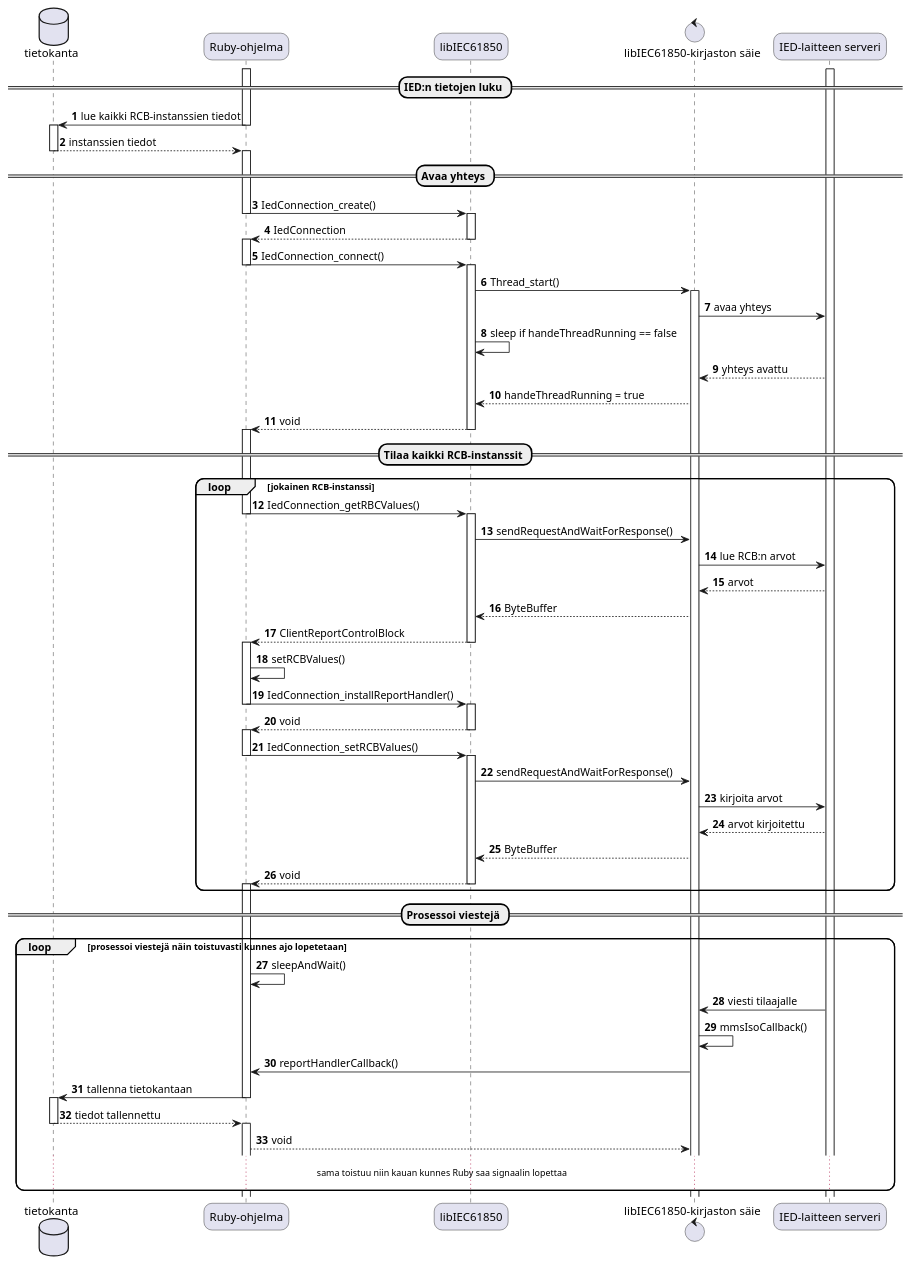
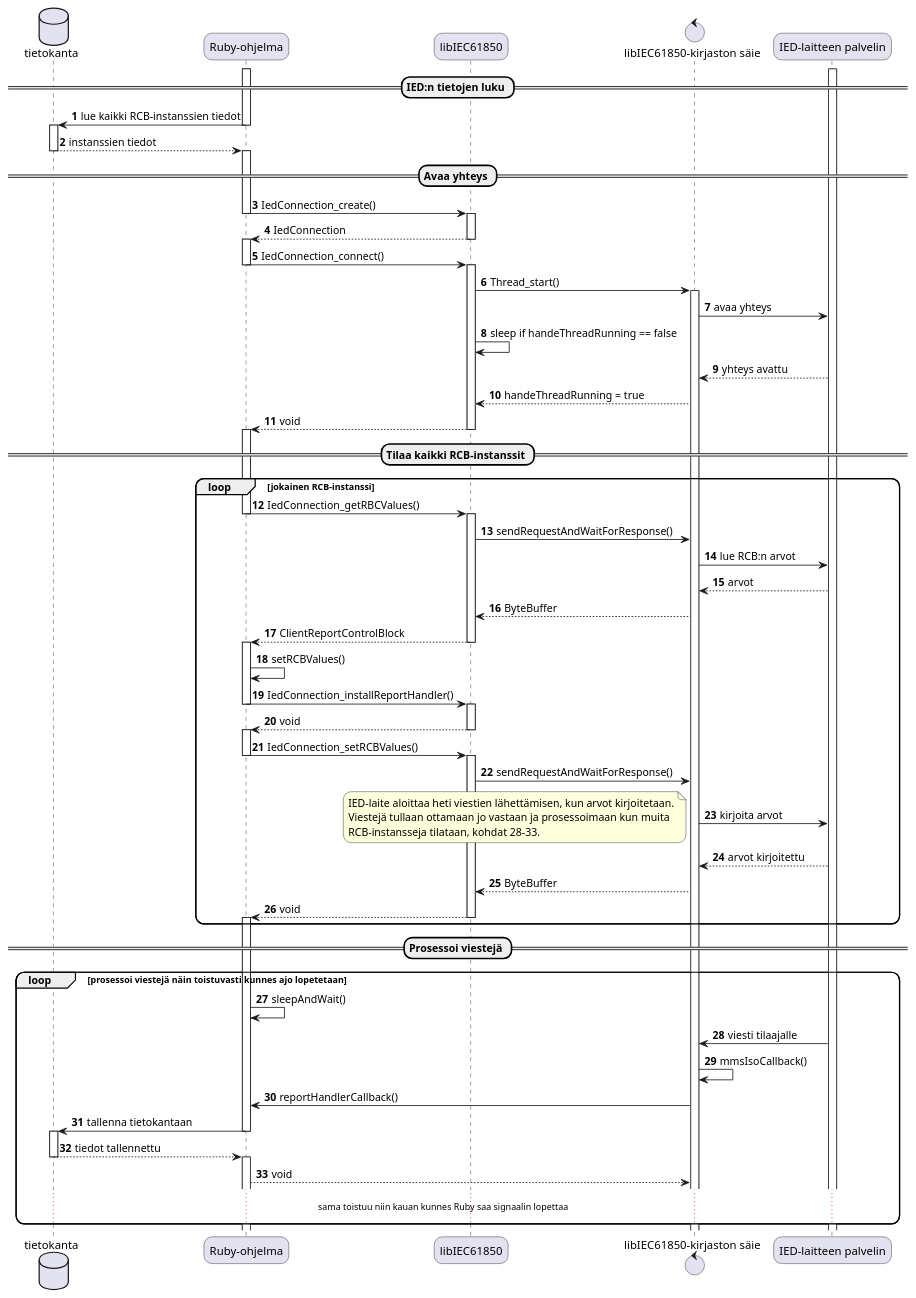
The diagram in uml/sequence-diagram-report-subscription.puml (Kazhuu/tut_master_thesis), drawn with PlantUML before and after one commit. The commit also changed 6 other files, not shown here.

```diff
--- a/uml/sequence-diagram-report-subscription.puml
+++ b/uml/sequence-diagram-report-subscription.puml
@@ -1,92 +1,97 @@
 @startuml
 autonumber
 
 skinparam roundcorner 20
 
 database tietokanta as db
 participant "Ruby-ohjelma" as ruby
 participant "libIEC61850" as libiec
 control "libIEC61850-kirjaston säie" as thread
-participant "IED-laitteen serveri" as ied
+participant "IED-laitteen palvelin" as ied
 
 == IED:n tietojen luku ==
 
 activate ied
 activate ruby
 ruby -> db : lue kaikki RCB-instanssien tiedot
 deactivate ruby
 activate db
 db --> ruby : instanssien tiedot
 deactivate db
 activate ruby
 
 == Avaa yhteys ==
 
 ruby -> libiec : IedConnection_create()
 deactivate ruby
 activate libiec
 libiec --> ruby : IedConnection
 deactivate libiec
 activate ruby
 ruby -> libiec : IedConnection_connect()
 deactivate ruby
 activate libiec
 libiec -> thread : Thread_start()
 activate thread
 thread -> ied : avaa yhteys
 libiec -> libiec : sleep if handeThreadRunning == false
 ied --> thread : yhteys avattu
 thread --> libiec : handeThreadRunning = true
 libiec --> ruby : void
 deactivate libiec
 activate ruby
 
 == Tilaa kaikki RCB-instanssit ==
 
 loop jokainen RCB-instanssi
-ruby -> libiec : IedConnection_getRBCValues()
-deactivate ruby
-activate libiec
-libiec -> thread : sendRequestAndWaitForResponse()
-thread -> ied : lue RCB:n arvot
-ied --> thread : arvot
-thread --> libiec : ByteBuffer
-libiec --> ruby : ClientReportControlBlock
-deactivate libiec
-activate ruby
-ruby -> ruby : setRCBValues()
-ruby -> libiec : IedConnection_installReportHandler()
-deactivate ruby
-activate libiec
-libiec --> ruby : void
-deactivate libiec
-activate ruby
-ruby -> libiec : IedConnection_setRCBValues()
-deactivate ruby
-activate libiec
-libiec -> thread : sendRequestAndWaitForResponse()
-thread -> ied : kirjoita arvot
-ied --> thread : arvot kirjoitettu
-thread --> libiec : ByteBuffer
-libiec --> ruby : void
-deactivate libiec
-activate ruby
+	ruby -> libiec : IedConnection_getRBCValues()
+	deactivate ruby
+	activate libiec
+	libiec -> thread : sendRequestAndWaitForResponse()
+	thread -> ied : lue RCB:n arvot
+	ied --> thread : arvot
+	thread --> libiec : ByteBuffer
+	libiec --> ruby : ClientReportControlBlock
+	deactivate libiec
+	activate ruby
+	ruby -> ruby : setRCBValues()
+	ruby -> libiec : IedConnection_installReportHandler()
+	deactivate ruby
+	activate libiec
+	libiec --> ruby : void
+	deactivate libiec
+	activate ruby
+	ruby -> libiec : IedConnection_setRCBValues()
+	deactivate ruby
+	activate libiec
+	libiec -> thread : sendRequestAndWaitForResponse()
+	thread -> ied : kirjoita arvot
+	note left
+		IED-laite aloittaa heti viestien lähettämisen, kun arvot kirjoitetaan.
+		Viestejä tullaan ottamaan jo vastaan ja prosessoimaan kun muita
+		RCB-instansseja tilataan, kohdat 28-33.
+	end note
+	ied --> thread : arvot kirjoitettu
+	thread --> libiec : ByteBuffer
+	libiec --> ruby : void
+	deactivate libiec
+	activate ruby
 end
 
 == Prosessoi viestejä ==
 
 loop prosessoi viestejä näin toistuvasti kunnes ajo lopetetaan
-ruby -> ruby : sleepAndWait()
-ied -> thread : viesti tilaajalle
-thread -> thread : mmsIsoCallback()
-thread -> ruby : reportHandlerCallback()
-ruby -> db : tallenna tietokantaan
-deactivate ruby
-activate db
-db --> ruby : tiedot tallennettu
-deactivate db
-activate ruby
-ruby --> thread : void
-...sama toistuu niin kauan kunnes Ruby saa signaalin lopettaa...
+	ruby -> ruby : sleepAndWait()
+	ied -> thread : viesti tilaajalle
+	thread -> thread : mmsIsoCallback()
+	thread -> ruby : reportHandlerCallback()
+	ruby -> db : tallenna tietokantaan
+	deactivate ruby
+	activate db
+	db --> ruby : tiedot tallennettu
+	deactivate db
+	activate ruby
+	ruby --> thread : void
+	...sama toistuu niin kauan kunnes Ruby saa signaalin lopettaa...
 end
 @enduml
```
